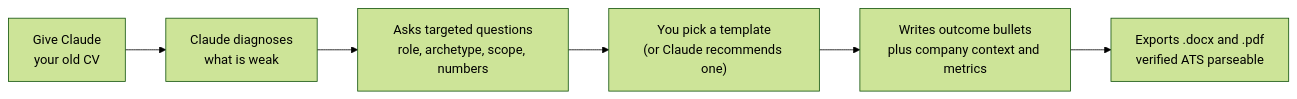
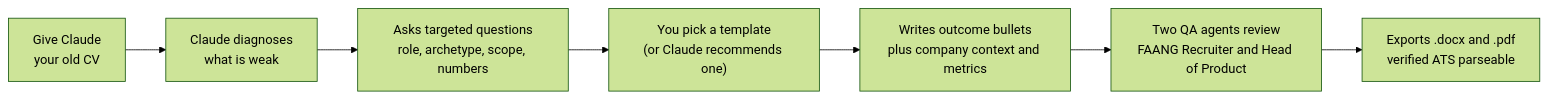
Before and after one commit to Shehabov/pm-resume-builder-skill: the diagram in README.md, drawn with Mermaid (forest theme). The commit also changed other lines of this file and 6 other files, not shown here.

First line of the commit message:
Add two QA review agents (FAANG Recruiter, Head of Product) and the sameness-trap guidance

````diff
--- a/README.md
+++ b/README.md
@@ -54,8 +56,9 @@
 ```mermaid
 flowchart LR
   A["Give Claude<br/>your old CV"] --> B["Claude diagnoses<br/>what is weak"]
   B --> C["Asks targeted questions<br/>role, archetype, scope, numbers"]
   C --> D["You pick a template<br/>(or Claude recommends one)"]
   D --> E["Writes outcome bullets<br/>plus company context and metrics"]
-  E --> F["Exports .docx and .pdf<br/>verified ATS parseable"]
+  E --> F["Two QA agents review<br/>FAANG Recruiter and Head of Product"]
+  F --> G["Exports .docx and .pdf<br/>verified ATS parseable"]
 ```
````
